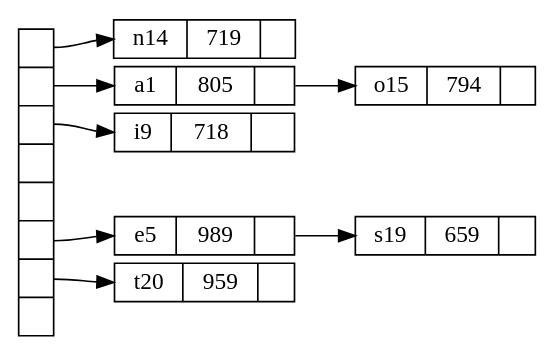
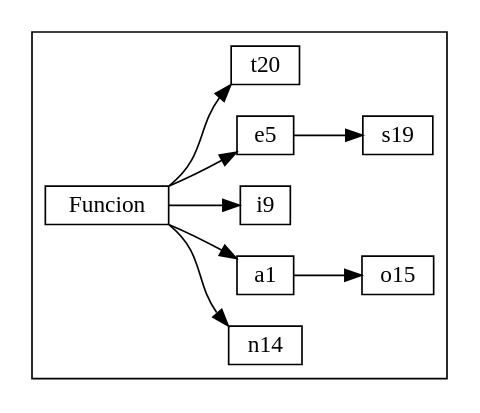
The diagram in GRAFICOS/modelo3.dot (cresb-49/PROYECTO2-COMPI1-2022), drawn with Graphviz before and after one commit.

Commit message:
actualizacion de plantilla de grafico AST

```diff
--- a/GRAFICOS/modelo3.dot
+++ b/GRAFICOS/modelo3.dot
@@ -1,23 +1,23 @@
 digraph G {
-    nodesep=.05;
     rankdir=LR;
-    node [shape=record,width=.1,height=.1];
 
-    node0 [label = "<f0> |<f1> |<f2> |<f3> |<f4> |<f5> |<f6> | ",height=2.5];
-    node [width = 1.5];
-    node1 [label = "{<n> n14 | 719 |<p> }"];
-    node2 [label = "{<n> a1 | 805 |<p> }"];
-    node3 [label = "{<n> i9 | 718 |<p> }"];
-    node4 [label = "{<n> e5 | 989 |<p> }"];
-    node5 [label = "{<n> t20 | 959 |<p> }"] ;
-    node6 [label = "{<n> o15 | 794 |<p> }"] ;
-    node7 [label = "{<n> s19 | 659 |<p> }"] ;
-
-    node0:f0 -> node1:n;
-    node0:f1 -> node2:n;
-    node0:f2 -> node3:n;
-    node0:f5 -> node4:n;
-    node0:f6 -> node5:n;
-    node2:p -> node6:n;
-    node4:p -> node7:n;
+    subgraph cluster_0 {
+        node [shape=record,width=.1,height=.1];
+        node00 [label = "<n>Funcion"];
+        node01 [label = "<n> n14"];
+        node02 [label = "<n> a1 "];
+        node03 [label = "<n> i9 "];
+        node04 [label = "<n> e5 "];
+        node05 [label = "<n> t20 "] ;
+        node06 [label = "<n> o15 "] ;
+        node07 [label = "<n> s19 "] ;
+    
+        node00:n -> node01:n;
+        node00:n -> node02:n;
+        node00:n -> node03:n;
+        node00:n -> node04:n;
+        node00:n -> node05:n;
+        node02:n -> node06:n;
+        node04:n -> node07:n;
+    }
 }
```
